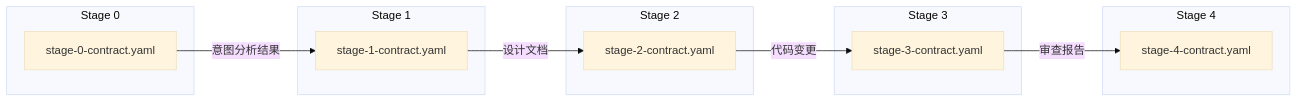
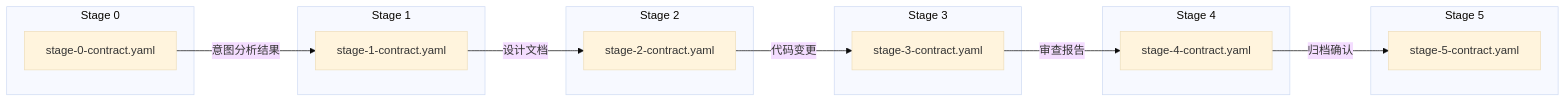
Before and after one commit to luckyMUMU/mumu-sop: the diagram in plugins/mumu-sop/_resources/contracts/index.md, drawn with Mermaid (base theme). The commit also changed other lines of this file and 2 other files, not shown here.

Commit message:
Docs: Enhance CLAUDE.md and add Stage 5 Ship contract
- Improve CLAUDE.md with comprehensive architecture documentation:
  * Add detailed 6-stage workflow mapping
  * Document five-axis review dimensions
  * Include mumu-model-router plugin structure
  * Add development commands and skill requirements
  * Document hooks system and testing approach

- Add missing stage-5-contract.yaml for Ship phase:
  * Define input/output contracts for deployment
  * Include quality gate conditions (5 gates)
  * Document Ship checklist (15 items)
  * Define deployment strategies (Canary/Staged/Full)
  * Add rollback contract specifications

- Update contracts index:
  * Add Stage 5 to contract list
  * Update Mermaid flowchart with Stage 5
  * Refresh version history

Closes gap in 6-stage workflow contract coverage.

````diff
--- a/plugins/mumu-sop/_resources/contracts/index.md
+++ b/plugins/mumu-sop/_resources/contracts/index.md
@@ -69,27 +70,32 @@
 ```mermaid
 flowchart LR
     subgraph S0["Stage 0"]
         C0[stage-0-contract.yaml]
     end
 
     subgraph S1["Stage 1"]
         C1[stage-1-contract.yaml]
     end
 
     subgraph S2["Stage 2"]
         C2[stage-2-contract.yaml]
     end
 
     subgraph S3["Stage 3"]
         C3[stage-3-contract.yaml]
     end
 
     subgraph S4["Stage 4"]
         C4[stage-4-contract.yaml]
     end
 
+    subgraph S5["Stage 5"]
+        C5[stage-5-contract.yaml]
+    end
+
     C0 -->|"意图分析结果"| C1
     C1 -->|"设计文档"| C2
     C2 -->|"代码变更"| C3
     C3 -->|"审查报告"| C4
+    C4 -->|"归档确认"| C5
 ```
````
